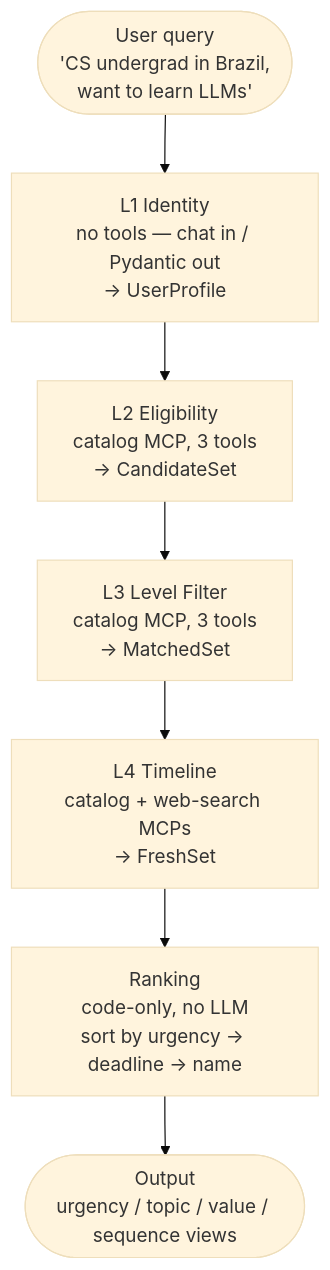
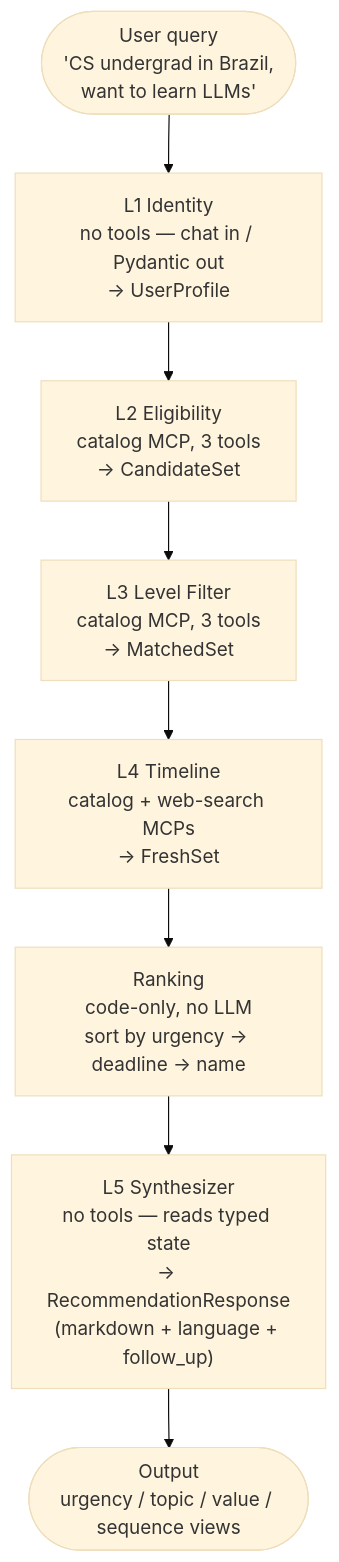
The first of 2 diagrams in ARCHITECTURE.md (kannch8765/lumi), drawn with Mermaid (base theme) before and after one commit. The commit also changed other lines of this file and 25 other files, not shown here.

````diff
--- a/ARCHITECTURE.md
+++ b/ARCHITECTURE.md
@@ -68,12 +81,13 @@
 ```mermaid
 flowchart TD
     User(["User query<br/>'CS undergrad in Brazil,<br/>want to learn LLMs'"])
     L1["L1 Identity<br/>no tools — chat in / Pydantic out<br/>→ UserProfile"]
     L2["L2 Eligibility<br/>catalog MCP, 3 tools<br/>→ CandidateSet"]
     L3["L3 Level Filter<br/>catalog MCP, 3 tools<br/>→ MatchedSet"]
     L4["L4 Timeline<br/>catalog + web-search MCPs<br/>→ FreshSet"]
     Rank["Ranking<br/>code-only, no LLM<br/>sort by urgency → deadline → name"]
+    L5["L5 Synthesizer<br/>no tools — reads typed state<br/>→ RecommendationResponse<br/>(markdown + language + follow_up)"]
     Output(["Output<br/>urgency / topic / value / sequence views"])
 
-    User --> L1 --> L2 --> L3 --> L4 --> Rank --> Output
+    User --> L1 --> L2 --> L3 --> L4 --> Rank --> L5 --> Output
 ```
````
